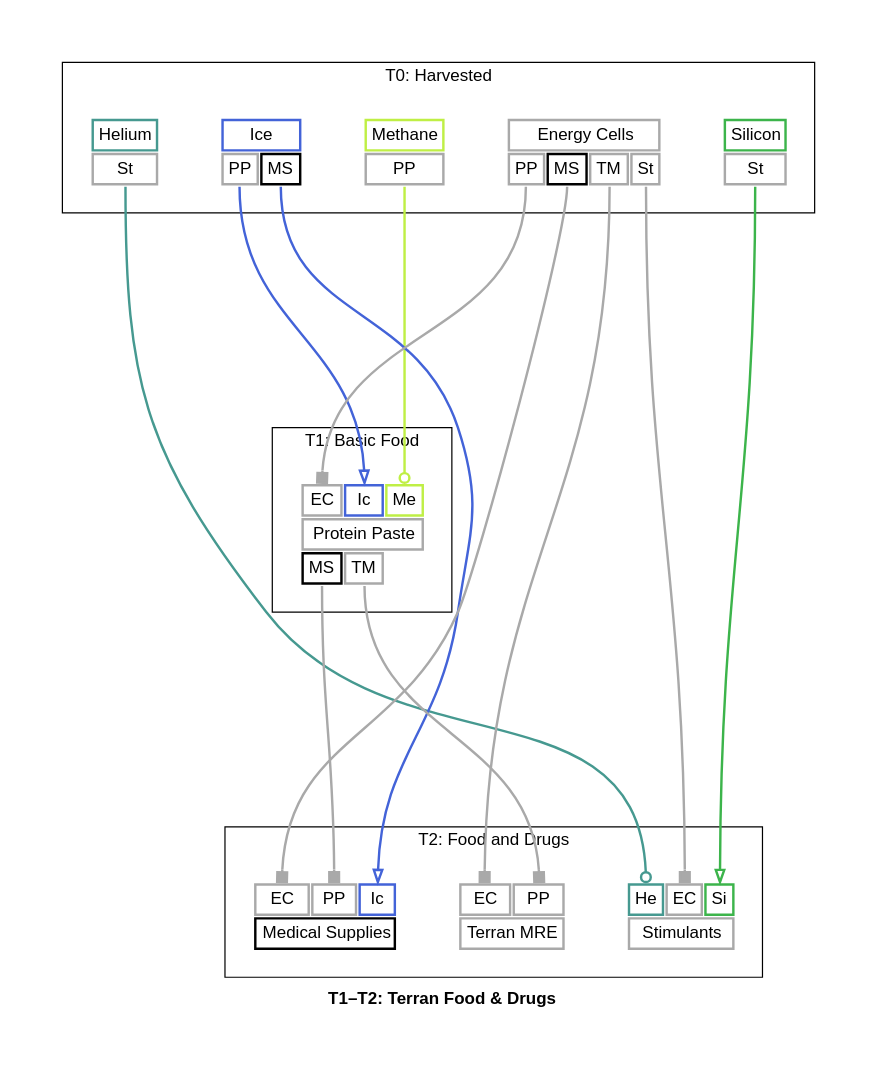
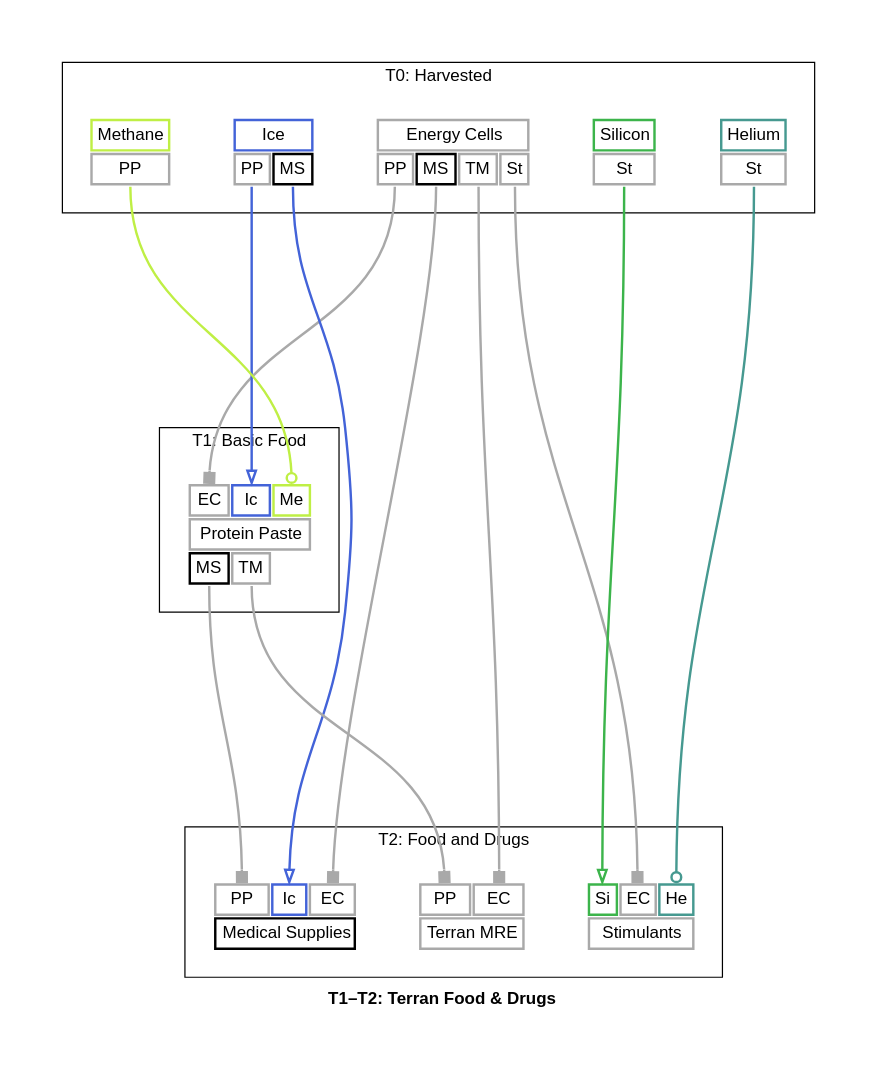
The diagram in docs/t1_t2_terran_food_drugs_graph_full.dot (borntyping/x4-diagrams), drawn with Graphviz before and after one commit. The commit also changed other lines of this file and 46 other files, not shown here.

```diff
--- a/docs/t1_t2_terran_food_drugs_graph_full.dot
+++ b/docs/t1_t2_terran_food_drugs_graph_full.dot
@@ -1,175 +1,175 @@
 digraph "X4 Economy" {
 	edge [arrowType=normal]
 	compound=true fontname="Helvetica,Arial,sans-serif"
 	label=<<b>T1–T2: Terran Food &amp; Drugs</b>>
 	graph [nodesep=0.3 pad=0.5 ranksep=3]
 	node [color=slategray1 fontname="Helvetica,Arial,sans-serif" margin=0.2 penwidth=2.0 shape=plaintext]
 	edge [arrowhead=normal arrowsize=1.0 fontname="Helvetica,Arial,sans-serif" headport=n penwidth=2.0 tailport=s]
 	subgraph 0 {
 		cluster=true label="T0: Harvested"
+		energy_cells [label=<<table border="0" cellborder="2" cellpadding="4" cellspacing="1" fixedsize="false" id="energy_cells" port="output">
+  
+  <tr>
+    <td align="text" bgcolor="white" color="#a9a9a9" colspan="4">Energy Cells</td>
+  </tr>
+  
+    <tr>
+      
+        <td align="text" bgcolor="white" color="#a9a9a9" port="protein_paste">PP</td>
+      
+        <td align="text" bgcolor="white" color="#000000" port="medical_supplies">MS</td>
+      
+        <td align="text" bgcolor="white" color="#a9a9a9" port="terran_mre">TM</td>
+      
+        <td align="text" bgcolor="white" color="#a9a9a9" port="stimulants">St</td>
+      
+    </tr>
+  
+</table>>]
 		helium [label=<<table border="0" cellborder="2" cellpadding="4" cellspacing="1" fixedsize="false" id="helium" port="output">
   
   <tr>
     <td align="text" bgcolor="white" color="#469990" colspan="1">Helium</td>
   </tr>
   
     <tr>
       
         <td align="text" bgcolor="white" color="#a9a9a9" port="stimulants">St</td>
+      
+    </tr>
+  
+</table>>]
+		ice [label=<<table border="0" cellborder="2" cellpadding="4" cellspacing="1" fixedsize="false" id="ice" port="output">
+  
+  <tr>
+    <td align="text" bgcolor="white" color="#4363d8" colspan="2">Ice</td>
+  </tr>
+  
+    <tr>
+      
+        <td align="text" bgcolor="white" color="#a9a9a9" port="protein_paste">PP</td>
+      
+        <td align="text" bgcolor="white" color="#000000" port="medical_supplies">MS</td>
       
     </tr>
   
 </table>>]
 		methane [label=<<table border="0" cellborder="2" cellpadding="4" cellspacing="1" fixedsize="false" id="methane" port="output">
   
   <tr>
     <td align="text" bgcolor="white" color="#bfef45" colspan="1">Methane</td>
   </tr>
   
     <tr>
       
         <td align="text" bgcolor="white" color="#a9a9a9" port="protein_paste">PP</td>
       
     </tr>
   
 </table>>]
 		silicon [label=<<table border="0" cellborder="2" cellpadding="4" cellspacing="1" fixedsize="false" id="silicon" port="output">
   
   <tr>
     <td align="text" bgcolor="white" color="#3cb44b" colspan="1">Silicon</td>
   </tr>
   
     <tr>
-      
-        <td align="text" bgcolor="white" color="#a9a9a9" port="stimulants">St</td>
-      
-    </tr>
-  
-</table>>]
-		ice [label=<<table border="0" cellborder="2" cellpadding="4" cellspacing="1" fixedsize="false" id="ice" port="output">
-  
-  <tr>
-    <td align="text" bgcolor="white" color="#4363d8" colspan="2">Ice</td>
-  </tr>
-  
-    <tr>
-      
-        <td align="text" bgcolor="white" color="#a9a9a9" port="protein_paste">PP</td>
-      
-        <td align="text" bgcolor="white" color="#000000" port="medical_supplies">MS</td>
-      
-    </tr>
-  
-</table>>]
-		energy_cells [label=<<table border="0" cellborder="2" cellpadding="4" cellspacing="1" fixedsize="false" id="energy_cells" port="output">
-  
-  <tr>
-    <td align="text" bgcolor="white" color="#a9a9a9" colspan="4">Energy Cells</td>
-  </tr>
-  
-    <tr>
-      
-        <td align="text" bgcolor="white" color="#a9a9a9" port="protein_paste">PP</td>
-      
-        <td align="text" bgcolor="white" color="#000000" port="medical_supplies">MS</td>
-      
-        <td align="text" bgcolor="white" color="#a9a9a9" port="terran_mre">TM</td>
       
         <td align="text" bgcolor="white" color="#a9a9a9" port="stimulants">St</td>
       
     </tr>
   
 </table>>]
 	}
 	subgraph 1 {
 		cluster=true label="T1: Basic Food"
 		protein_paste [label=<<table border="0" cellborder="2" cellpadding="4" cellspacing="1" fixedsize="false" id="protein_paste" port="output">
   
     <tr>
       
         <td align="text" bgcolor="white" color="#a9a9a9" port="energy_cells">EC</td>
       
         <td align="text" bgcolor="white" color="#4363d8" port="ice">Ic</td>
       
         <td align="text" bgcolor="white" color="#bfef45" port="methane">Me</td>
       
     </tr>
   
   <tr>
     <td align="text" bgcolor="white" color="#a9a9a9" colspan="3">Protein Paste</td>
   </tr>
   
     <tr>
       
         <td align="text" bgcolor="white" color="#000000" port="medical_supplies">MS</td>
       
         <td align="text" bgcolor="white" color="#a9a9a9" port="terran_mre">TM</td>
       
     </tr>
   
 </table>>]
 	}
 	subgraph 2 {
 		cluster=true label="T2: Food and Drugs"
 		medical_supplies [label=<<table border="0" cellborder="2" cellpadding="4" cellspacing="1" fixedsize="false" id="medical_supplies" port="output">
   
     <tr>
       
-        <td align="text" bgcolor="white" color="#a9a9a9" port="energy_cells">EC</td>
-      
         <td align="text" bgcolor="white" color="#a9a9a9" port="protein_paste">PP</td>
       
         <td align="text" bgcolor="white" color="#4363d8" port="ice">Ic</td>
+      
+        <td align="text" bgcolor="white" color="#a9a9a9" port="energy_cells">EC</td>
       
     </tr>
   
   <tr>
     <td align="text" bgcolor="white" color="#000000" colspan="3">Medical Supplies</td>
   </tr>
   
 </table>>]
+		stimulants [label=<<table border="0" cellborder="2" cellpadding="4" cellspacing="1" fixedsize="false" id="stimulants" port="output">
+  
+    <tr>
+      
+        <td align="text" bgcolor="white" color="#3cb44b" port="silicon">Si</td>
+      
+        <td align="text" bgcolor="white" color="#a9a9a9" port="energy_cells">EC</td>
+      
+        <td align="text" bgcolor="white" color="#469990" port="helium">He</td>
+      
+    </tr>
+  
+  <tr>
+    <td align="text" bgcolor="white" color="#a9a9a9" colspan="3">Stimulants</td>
+  </tr>
+  
+</table>>]
 		terran_mre [label=<<table border="0" cellborder="2" cellpadding="4" cellspacing="1" fixedsize="false" id="terran_mre" port="output">
   
     <tr>
       
+        <td align="text" bgcolor="white" color="#a9a9a9" port="protein_paste">PP</td>
+      
         <td align="text" bgcolor="white" color="#a9a9a9" port="energy_cells">EC</td>
-      
-        <td align="text" bgcolor="white" color="#a9a9a9" port="protein_paste">PP</td>
       
     </tr>
   
   <tr>
     <td align="text" bgcolor="white" color="#a9a9a9" colspan="2">Terran MRE</td>
-  </tr>
-  
-</table>>]
-		stimulants [label=<<table border="0" cellborder="2" cellpadding="4" cellspacing="1" fixedsize="false" id="stimulants" port="output">
-  
-    <tr>
-      
-        <td align="text" bgcolor="white" color="#469990" port="helium">He</td>
-      
-        <td align="text" bgcolor="white" color="#a9a9a9" port="energy_cells">EC</td>
-      
-        <td align="text" bgcolor="white" color="#3cb44b" port="silicon">Si</td>
-      
-    </tr>
-  
-  <tr>
-    <td align="text" bgcolor="white" color="#a9a9a9" colspan="3">Stimulants</td>
   </tr>
   
 </table>>]
 	}
 	energy_cells:protein_paste:s -> protein_paste:energy_cells:n [arrowhead=box color="#a9a9a9" weight=1.0]
 	ice:protein_paste:s -> protein_paste:ice:n [arrowhead=empty color="#4363d8" weight=1.0]
 	methane:protein_paste:s -> protein_paste:methane:n [arrowhead=odot color="#bfef45" weight=1.0]
 	energy_cells:medical_supplies:s -> medical_supplies:energy_cells:n [arrowhead=box color="#a9a9a9" weight=1.0]
 	ice:medical_supplies:s -> medical_supplies:ice:n [arrowhead=empty color="#4363d8" weight=1.0]
 	protein_paste:medical_supplies:s -> medical_supplies:protein_paste:n [arrowhead=box color="#a9a9a9" weight=1.0]
 	energy_cells:terran_mre:s -> terran_mre:energy_cells:n [arrowhead=box color="#a9a9a9" weight=1.0]
 	protein_paste:terran_mre:s -> terran_mre:protein_paste:n [arrowhead=box color="#a9a9a9" weight=1.0]
 	energy_cells:stimulants:s -> stimulants:energy_cells:n [arrowhead=box color="#a9a9a9" weight=1.0]
 	helium:stimulants:s -> stimulants:helium:n [arrowhead=odot color="#469990" weight=1.0]
 	silicon:stimulants:s -> stimulants:silicon:n [arrowhead=empty color="#3cb44b" weight=1.0]
 }
```
